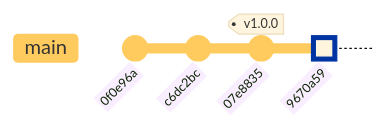
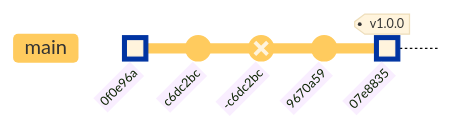
Diagram 12 of 28 in git-training.qmd (umr-marbec/git-training), drawn with Mermaid before and after one commit. The commit also changed other lines of this file and 1 other file, not shown here.

````diff
--- a/git-training.qmd
+++ b/git-training.qmd
@@ -345,11 +348,12 @@
 ```{mermaid}
-%%|label: fig-graph9
+%%|label: graph9
 %%| fig-width: 3
 %%| fig-align: center
 %%{init: { 'logLevel': 'debug', 'theme': 'base', 'gitGraph': {'rotateCommitLabel': true}}}%%
 gitGraph
-    commit id: "0f0e96a"
+    commit id: "0f0e96a" type:HIGHLIGHT
     commit id: "c6dc2bc"
-    commit id: "07e8835" tag: "v1.0.0"
-    commit id: "9670a59" type:HIGHLIGHT
+    commit id: "-c6dc2bc" type: REVERSE
+    commit id: "9670a59"
+    commit id: "07e8835" tag: "v1.0.0" type:HIGHLIGHT
 ```
````
